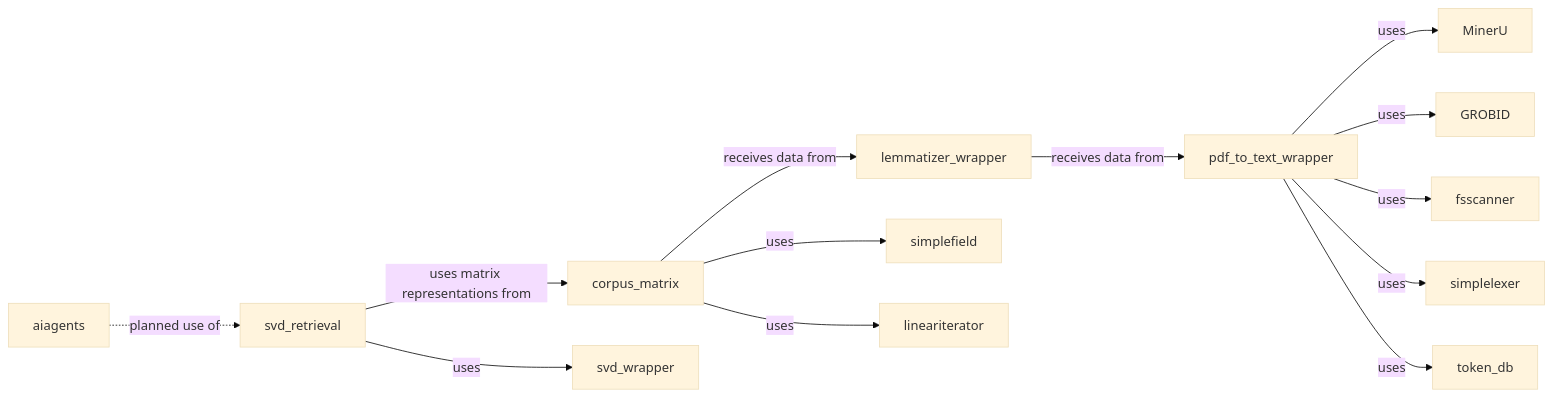
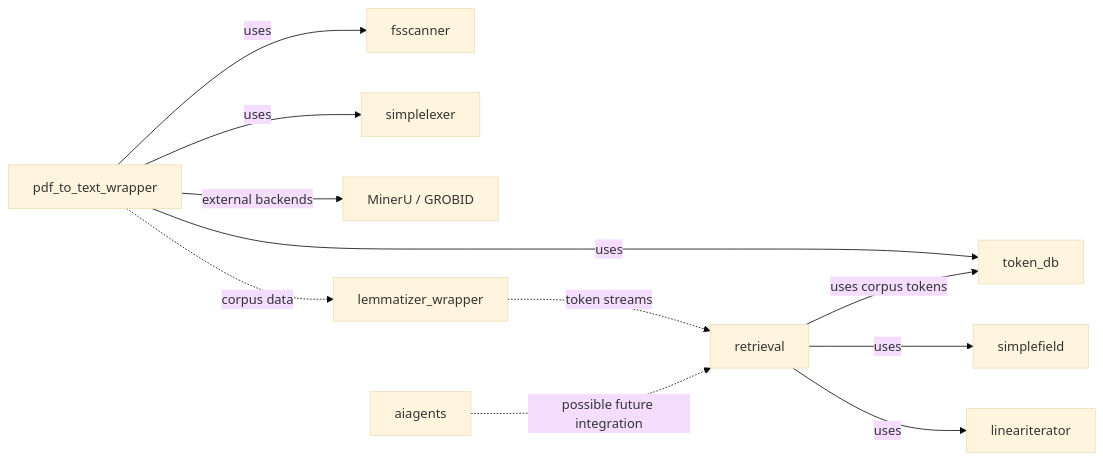
The fourth of 6 diagrams in README.md (witold-k/witold-k), drawn with Mermaid (base theme) before and after one commit. The commit also changed other lines of this file and 1 other file, not shown here.

Commit message:
docs: describe renamed retrieval and standalone SVD (assistant-authored)

````diff
--- a/README.md
+++ b/README.md
@@ -93,15 +69,13 @@
 ```mermaid
 flowchart LR
-    P[pdf_to_text_wrapper] -->|uses| MU[MinerU]
-    P -->|uses| GR[GROBID]
-    P -->|uses| FS[fsscanner]
+    P[pdf_to_text_wrapper] -->|uses| FS[fsscanner]
     P -->|uses| LX[simplelexer]
     P -->|uses| T[token_db]
-    CM[corpus_matrix] -->|receives data from| LEM[lemmatizer_wrapper]
-    LEM -->|receives data from| P
-    CM -->|uses| SF[simplefield]
-    CM -->|uses| LI[lineariterator]
-    R[svd_retrieval] -->|uses matrix representations from| CM
-    R -->|uses| SVD[svd_wrapper]
-    A[aiagents] -.->|planned use of| R
+    P -->|external backends| MU[MinerU / GROBID]
+    P -.->|corpus data| LEM[lemmatizer_wrapper]
+    LEM -.->|token streams| R[retrieval]
+    R -->|uses| SF[simplefield]
+    R -->|uses| LI[lineariterator]
+    R -->|uses corpus tokens| T
+    A[aiagents] -.->|possible future integration| R
 ```
````
